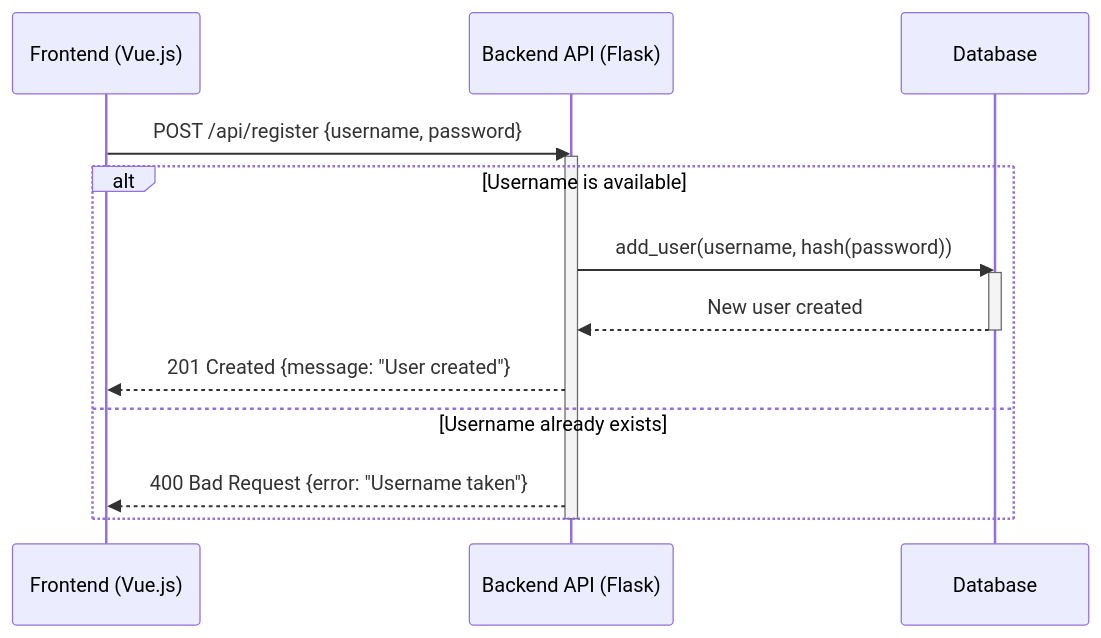
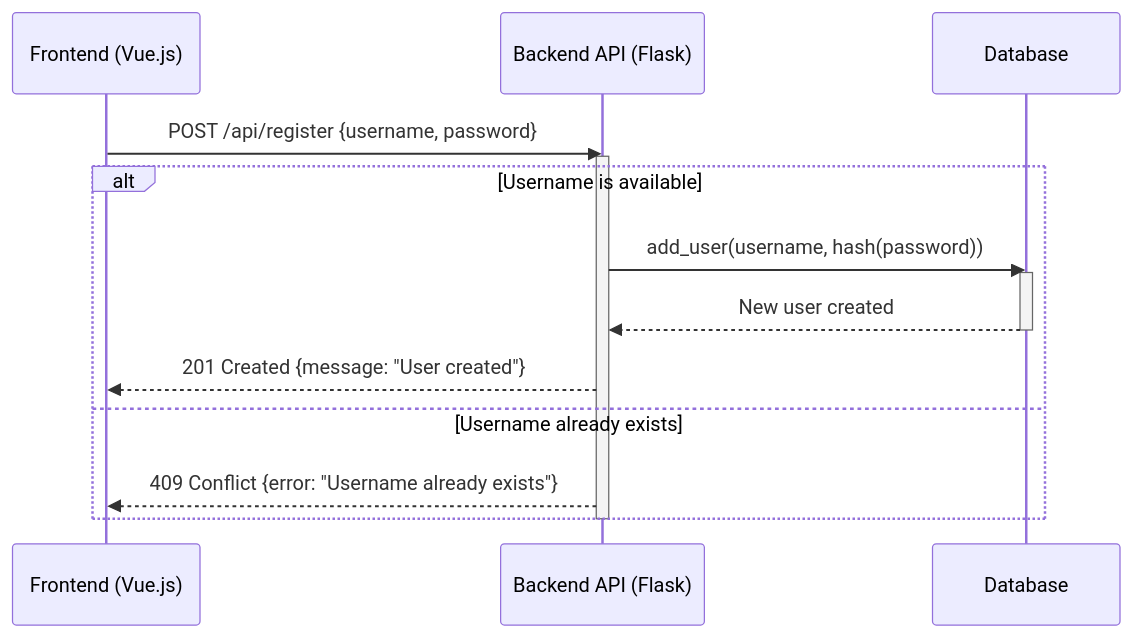
The first of 10 diagrams in docs/docs.md (smileyface/LGS-Stock-Checker), drawn with Mermaid before and after one commit. The commit also changed other lines of this file and 42 other files, not shown here.

````diff
--- a/docs/docs.md
+++ b/docs/docs.md
@@ -48,19 +50,19 @@
 ```mermaid  
 sequenceDiagram
 
 participant Client as Frontend (Vue.js)
 participant Backend as Backend API (Flask)
 participant DB as Database
 Client->>Backend: POST /api/register {username, password}
 activate Backend
 alt Username is available
    Backend->>DB: add_user(username, hash(password))
    activate DB
    DB-->>Backend: New user created
    deactivate DB
    Backend-->>Client: 201 Created {message: "User created"}
 else Username already exists
-   Backend-->>Client: 400 Bad Request {error: "Username taken"}
+   Backend-->>Client: 409 Conflict {error: "Username already exists"}
 end
 deactivate Backend
 ```
````
